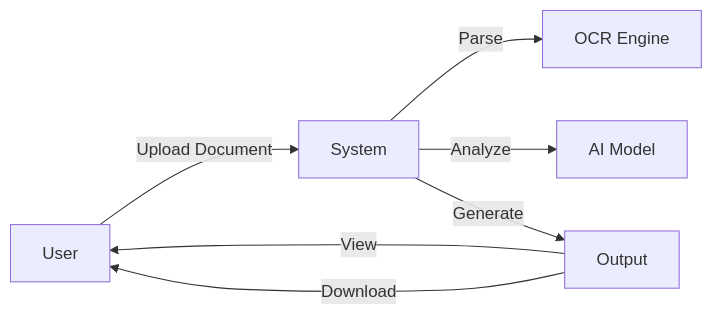
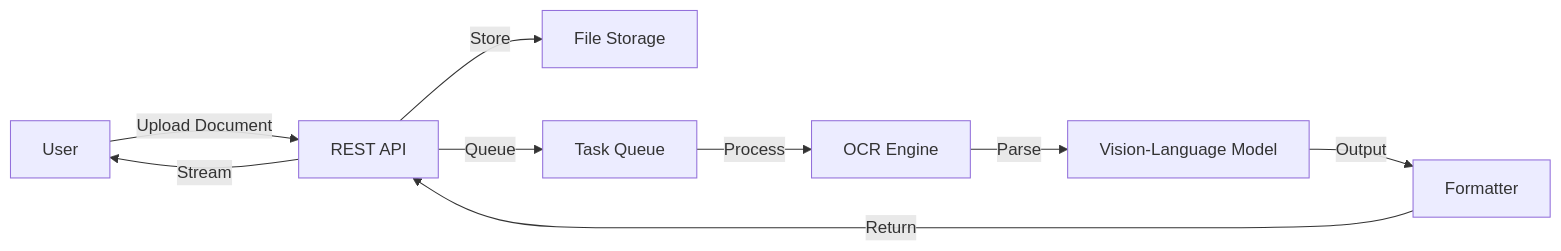
Before and after one commit to karun99/Collabuild: the third of 12 diagrams in pipeline_report.md, drawn with Mermaid. The commit also changed other lines of this file and 17 other files, not shown here.

````diff
--- a/pipeline_report.md
+++ b/pipeline_report.md
@@ -176,9 +92,11 @@
 ```mermaid
 graph LR
-    U[User] -->|Upload Document| S[System]
-    S -->|Parse| OCR[OCR Engine]
-    S -->|Analyze| AI[AI Model]
-    S -->|Generate| Out[Output]
-    Out -->|View| U
-    Out -->|Download| U
+    U[User] -->|Upload Document| API[REST API]
+    API -->|Store| FS[File Storage]
+    API -->|Queue| Q[Task Queue]
+    Q -->|Process| OCR[OCR Engine]
+    OCR -->|Parse| VLM[Vision-Language Model]
+    VLM -->|Output| FMT[Formatter]
+    FMT -->|Return| API
+    API -->|Stream| U
 ```
````
